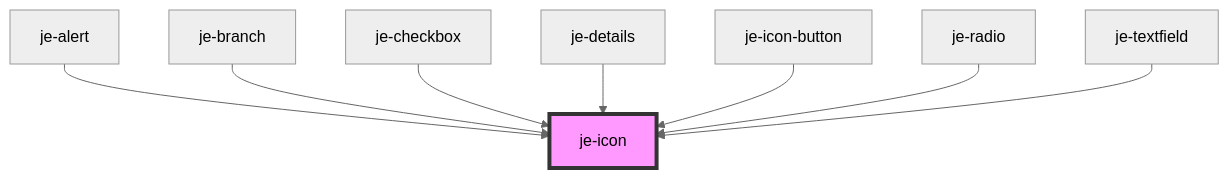
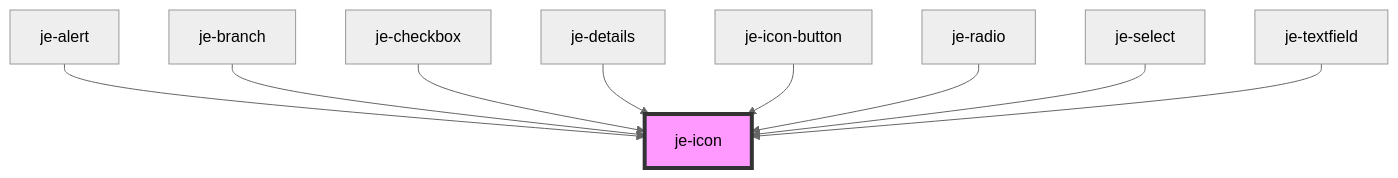
Before and after one commit to pgreen00/jebamo: the diagram in packages/docs/docs/components/je-icon/readme.md, drawn with Mermaid (neutral theme). The commit also changed other lines of this file and 16 other files, not shown here.

````diff
--- a/packages/docs/docs/components/je-icon/readme.md
+++ b/packages/docs/docs/components/je-icon/readme.md
@@ -31,11 +32,12 @@
 ```mermaid
 graph TD;
   je-alert --> je-icon
   je-branch --> je-icon
   je-checkbox --> je-icon
   je-details --> je-icon
   je-icon-button --> je-icon
   je-radio --> je-icon
+  je-select --> je-icon
   je-textfield --> je-icon
   style je-icon fill:#f9f,stroke:#333,stroke-width:4px
 ```
````
